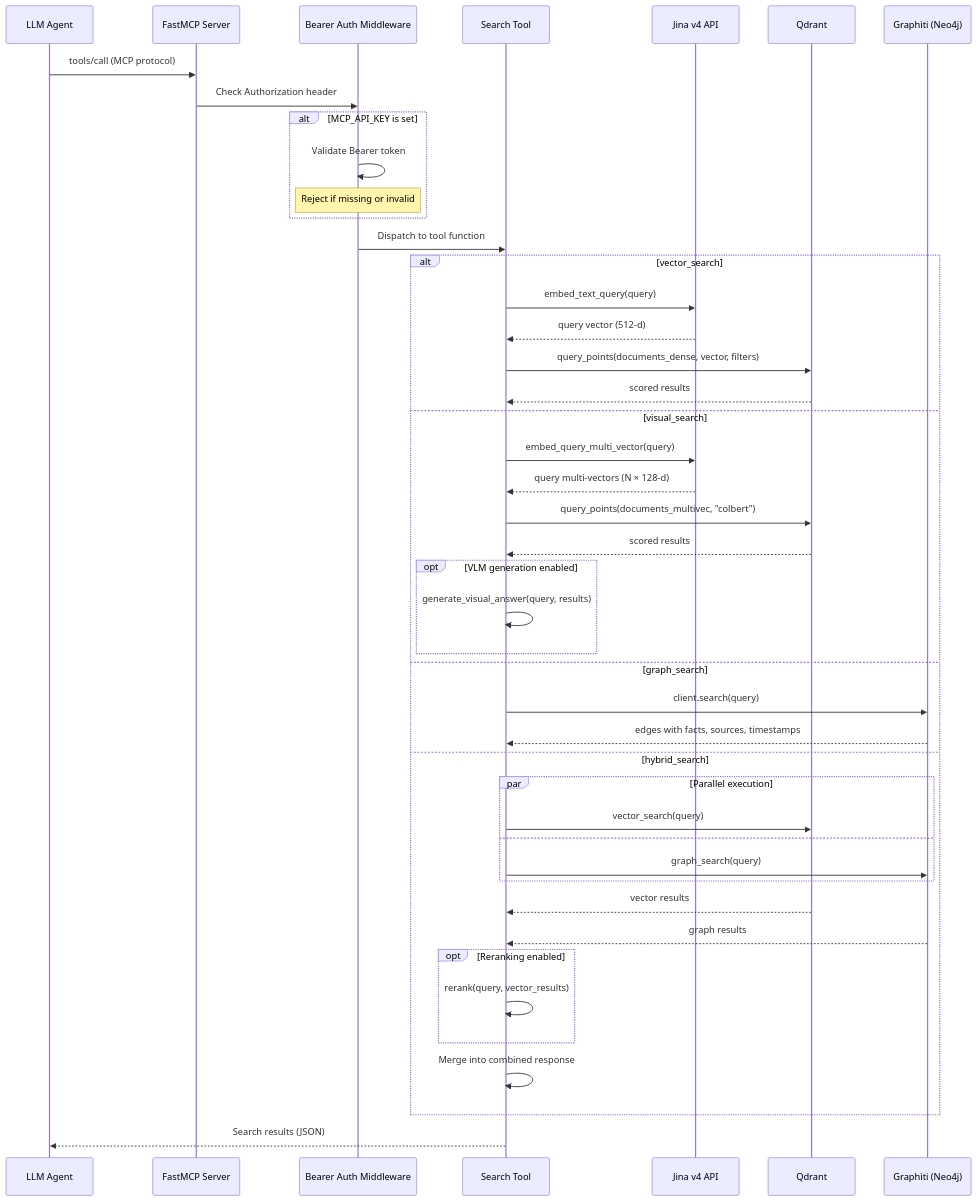
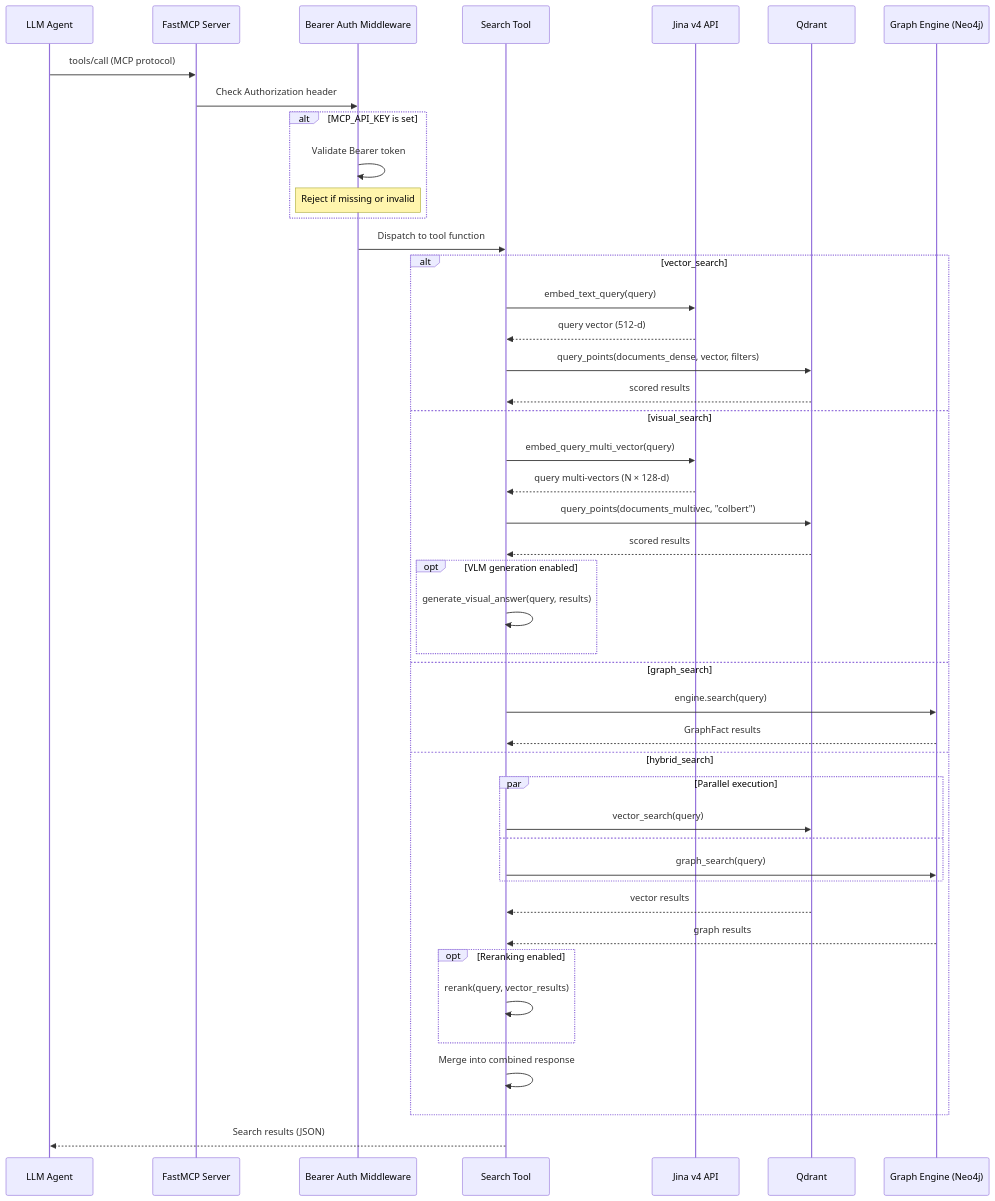
The second of 3 diagrams in docs/architecture/data-flow.md (dollro/spektr), drawn with Mermaid before and after one commit. The commit also changed other lines of this file and 8 other files, not shown here.

First line of the commit message:
docs: update documentation for modular graph engine (GLiNER2 + Graphiti)

````diff
--- a/docs/architecture/data-flow.md
+++ b/docs/architecture/data-flow.md
@@ -89,50 +89,50 @@
 ```mermaid
 sequenceDiagram
     participant Agent as LLM Agent
     participant MCP as FastMCP Server
     participant Auth as Bearer Auth Middleware
     participant Tool as Search Tool
     participant Jina as Jina v4 API
     participant QD as Qdrant
-    participant Gr as Graphiti (Neo4j)
+    participant GE as Graph Engine (Neo4j)
 
     Agent->>MCP: tools/call (MCP protocol)
     MCP->>Auth: Check Authorization header
     alt MCP_API_KEY is set
         Auth->>Auth: Validate Bearer token
         Note over Auth: Reject if missing or invalid
     end
     Auth->>Tool: Dispatch to tool function
 
     alt vector_search
         Tool->>Jina: embed_text_query(query)
         Jina-->>Tool: query vector (512-d)
         Tool->>QD: query_points(documents_dense, vector, filters)
         QD-->>Tool: scored results
     else visual_search
         Tool->>Jina: embed_query_multi_vector(query)
         Jina-->>Tool: query multi-vectors (N × 128-d)
         Tool->>QD: query_points(documents_multivec, "colbert")
         QD-->>Tool: scored results
         opt VLM generation enabled
             Tool->>Tool: generate_visual_answer(query, results)
         end
     else graph_search
-        Tool->>Gr: client.search(query)
-        Gr-->>Tool: edges with facts, sources, timestamps
+        Tool->>GE: engine.search(query)
+        GE-->>Tool: GraphFact results
     else hybrid_search
         par Parallel execution
             Tool->>QD: vector_search(query)
         and
-            Tool->>Gr: graph_search(query)
+            Tool->>GE: graph_search(query)
         end
         QD-->>Tool: vector results
-        Gr-->>Tool: graph results
+        GE-->>Tool: graph results
         opt Reranking enabled
             Tool->>Tool: rerank(query, vector_results)
         end
         Tool->>Tool: Merge into combined response
     end
 
     Tool-->>Agent: Search results (JSON)
 ```
````
